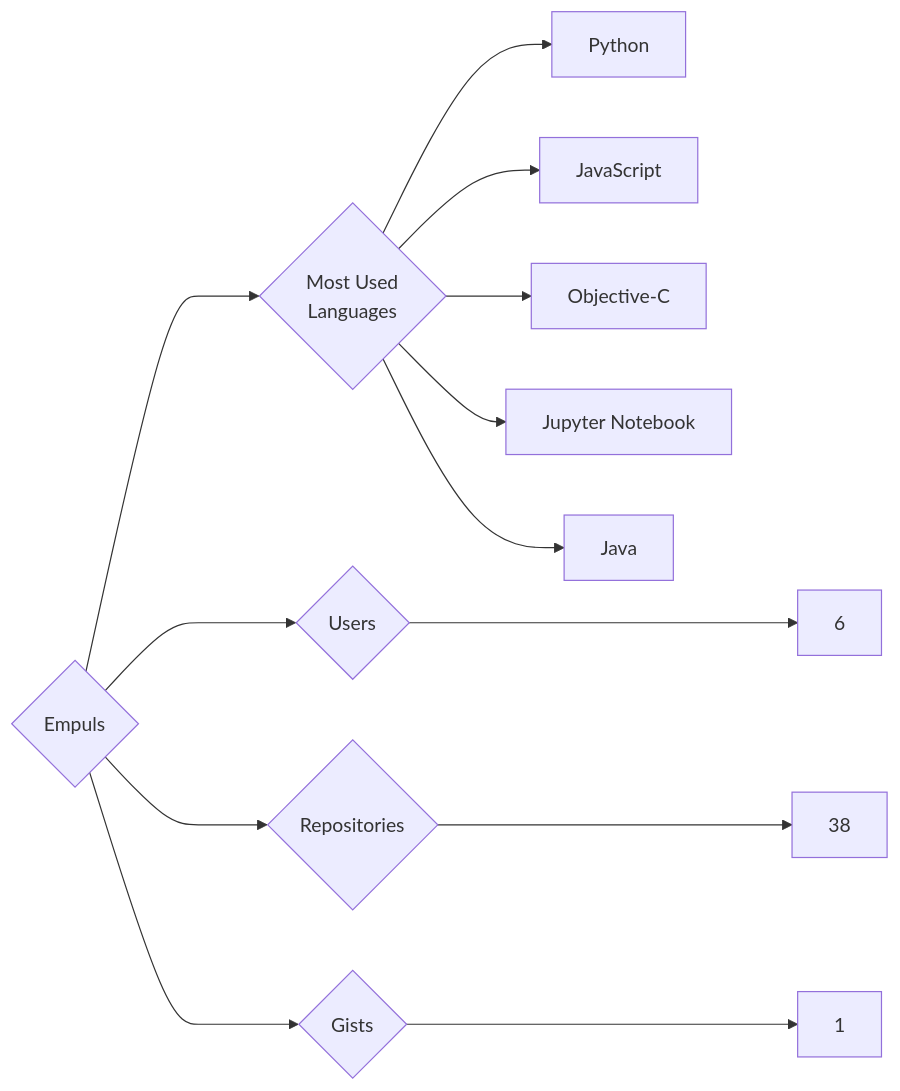
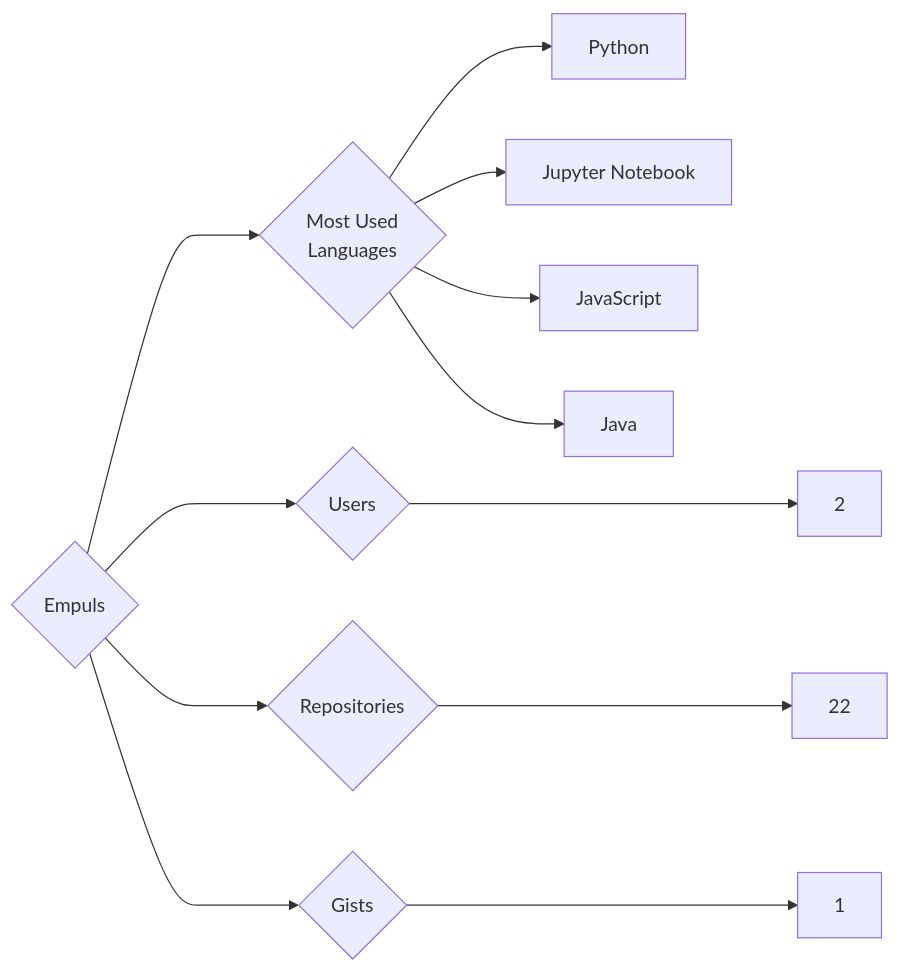
One commit to trickest/insiders changed the diagram in targets/Empuls/README.md. Above: the diagram before and after it, drawn with Mermaid. The commit also changed 1055 other files, not shown here.

````diff
--- a/targets/Empuls/README.md
+++ b/targets/Empuls/README.md
@@ -3,13 +3,12 @@
 ```mermaid
 graph LR
 COMPANY_NAME{Empuls}
-COMPANY_NAME ---> U{Users} ---> UN[6]
-COMPANY_NAME ---> R{Repositories} ---> RN[38]
+COMPANY_NAME ---> U{Users} ---> UN[2]
+COMPANY_NAME ---> R{Repositories} ---> RN[22]
 COMPANY_NAME ---> G{Gists} ---> GN[1]
 COMPANY_NAME ---> ML{Most Used<br>Languages}
 ML --> Python[Python]
+ML --> Jupyter_Notebook[Jupyter Notebook]
 ML --> JavaScript[JavaScript]
-ML --> Objective-C[Objective-C]
-ML --> Jupyter_Notebook[Jupyter Notebook]
 ML --> Java[Java]
 ```
````
